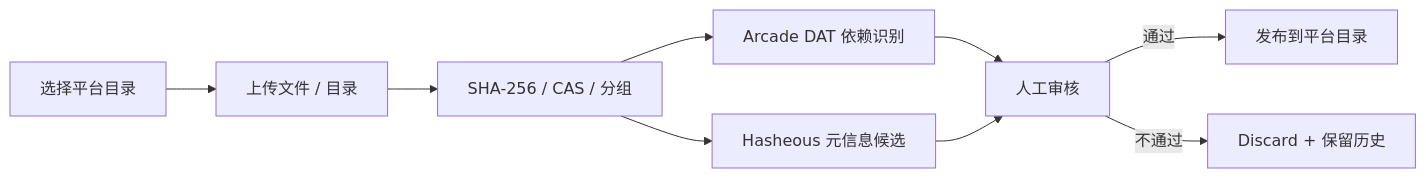
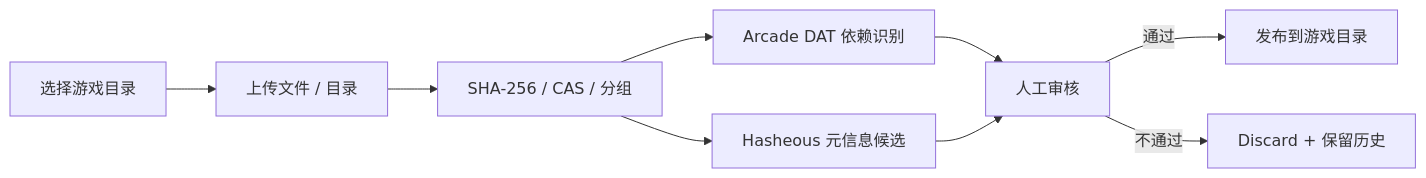
Before and after one commit to retrom-project/retrom: the fourth of 4 diagrams in docs/retrom-product-architecture.md, drawn with Mermaid. The commit also changed other lines of this file and 14 other files, not shown here.

```diff
--- a/docs/retrom-product-architecture.md
+++ b/docs/retrom-product-architecture.md
@@ -266,11 +266,11 @@
 ~~~mermaid
 flowchart LR
-    A["选择平台目录"] --> B["上传文件 / 目录"]
+    A["选择游戏目录"] --> B["上传文件 / 目录"]
     B --> C["SHA-256 / CAS / 分组"]
     C --> D["Arcade DAT 依赖识别"]
     C --> E["Hasheous 元信息候选"]
     D --> F["人工审核"]
     E --> F
-    F -->|通过| G["发布到平台目录"]
+    F -->|通过| G["发布到游戏目录"]
     F -->|不通过| H["Discard + 保留历史"]
 ~~~
```
